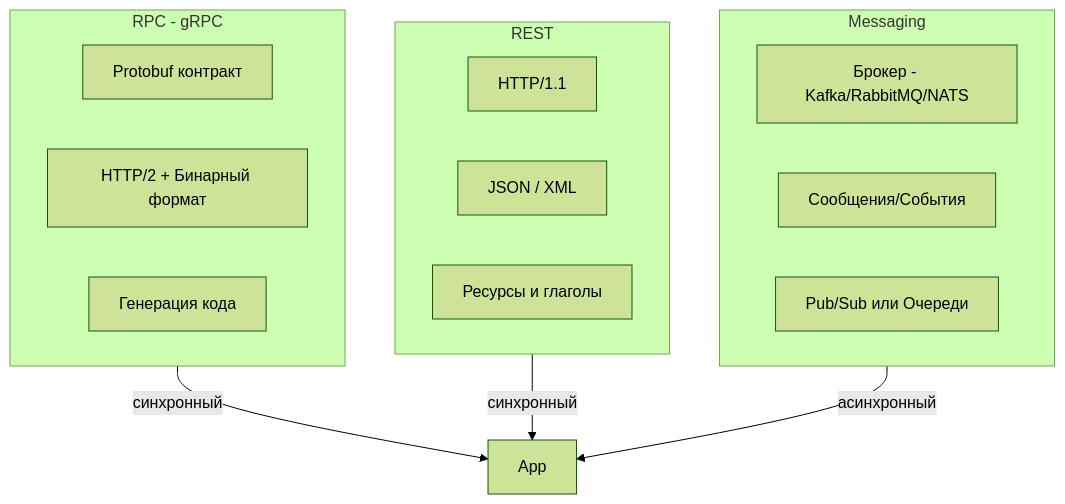
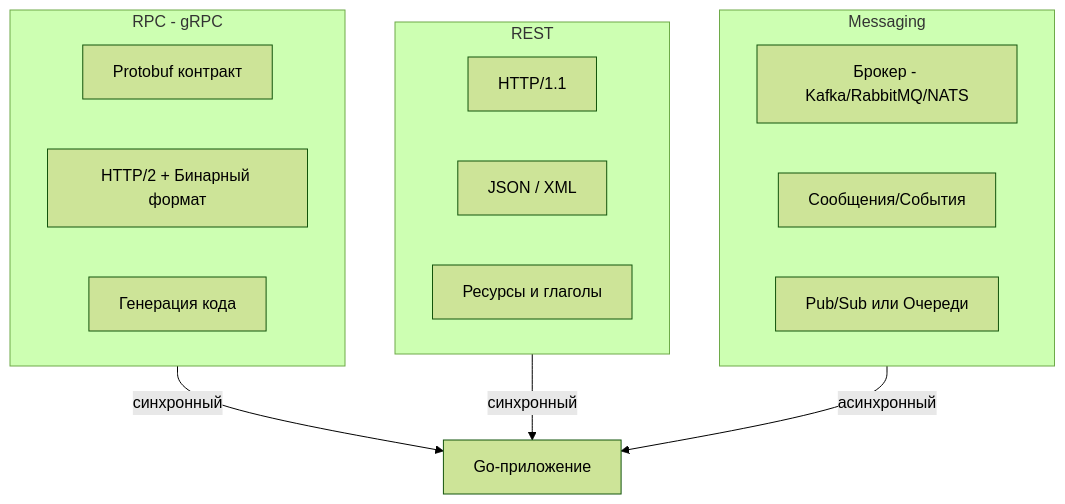
One commit to UnrealTemplier/go-textbook changed the diagram in sources/11. Архитектура и System Design/20. RPC vs REST vs Messaging.md. Above: the diagram before and after it, drawn with Mermaid (forest theme). The commit also changed other lines of this file, not shown here.

````diff
--- a/sources/11. Архитектура и System Design/20. RPC vs REST vs Messaging.md
+++ b/sources/11. Архитектура и System Design/20. RPC vs REST vs Messaging.md
@@ -6,24 +16,24 @@
 ```mermaid
 flowchart TD
     subgraph RPC["RPC - gRPC"]
         R1["Protobuf контракт"]
         R2["HTTP/2 + Бинарный формат"]
         R3["Генерация кода"]
     end
 
     subgraph REST["REST"]
         S1["HTTP/1.1"]
         S2["JSON / XML"]
         S3["Ресурсы и глаголы"]
     end
 
     subgraph MSG["Messaging"]
         M1["Брокер - Kafka/RabbitMQ/NATS"]
         M2["Сообщения/События"]
         M3["Pub/Sub или Очереди"]
     end
 
-    RPC -->|"синхронный"| App
+    RPC -->|"синхронный"| App["Go-приложение"]
     REST -->|"синхронный"| App
     MSG -->|"асинхронный"| App
 ```
````
